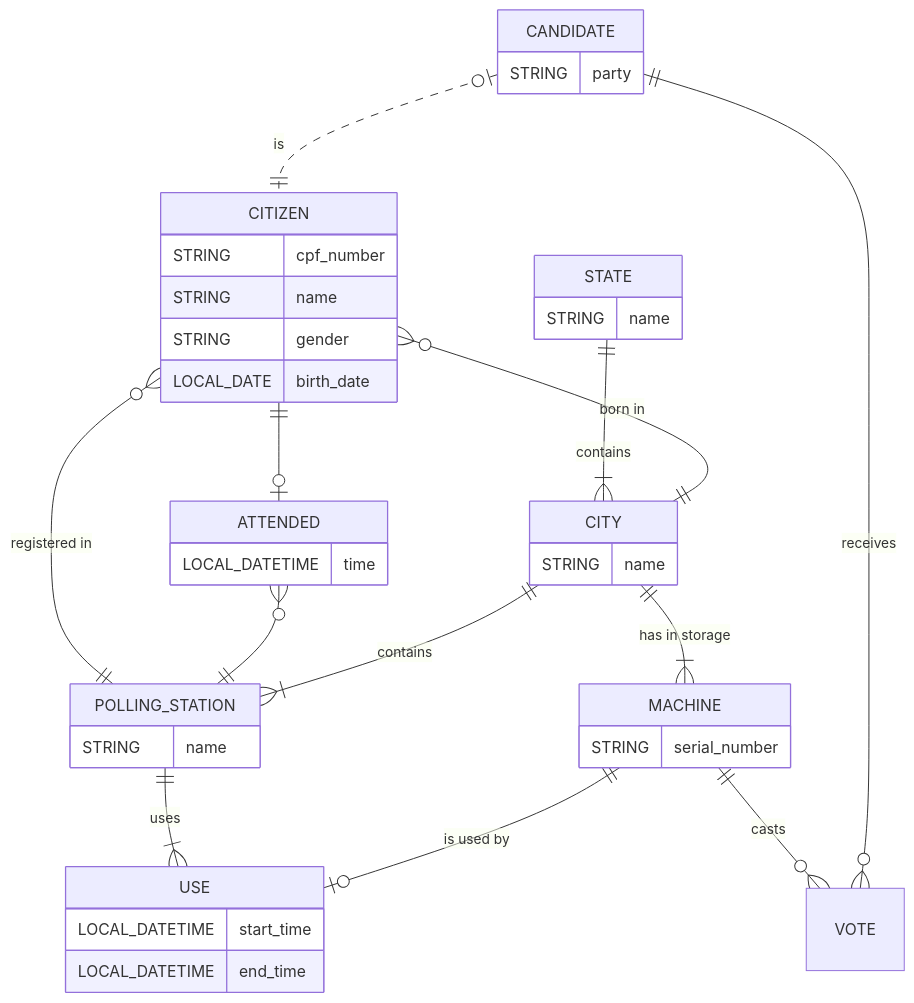
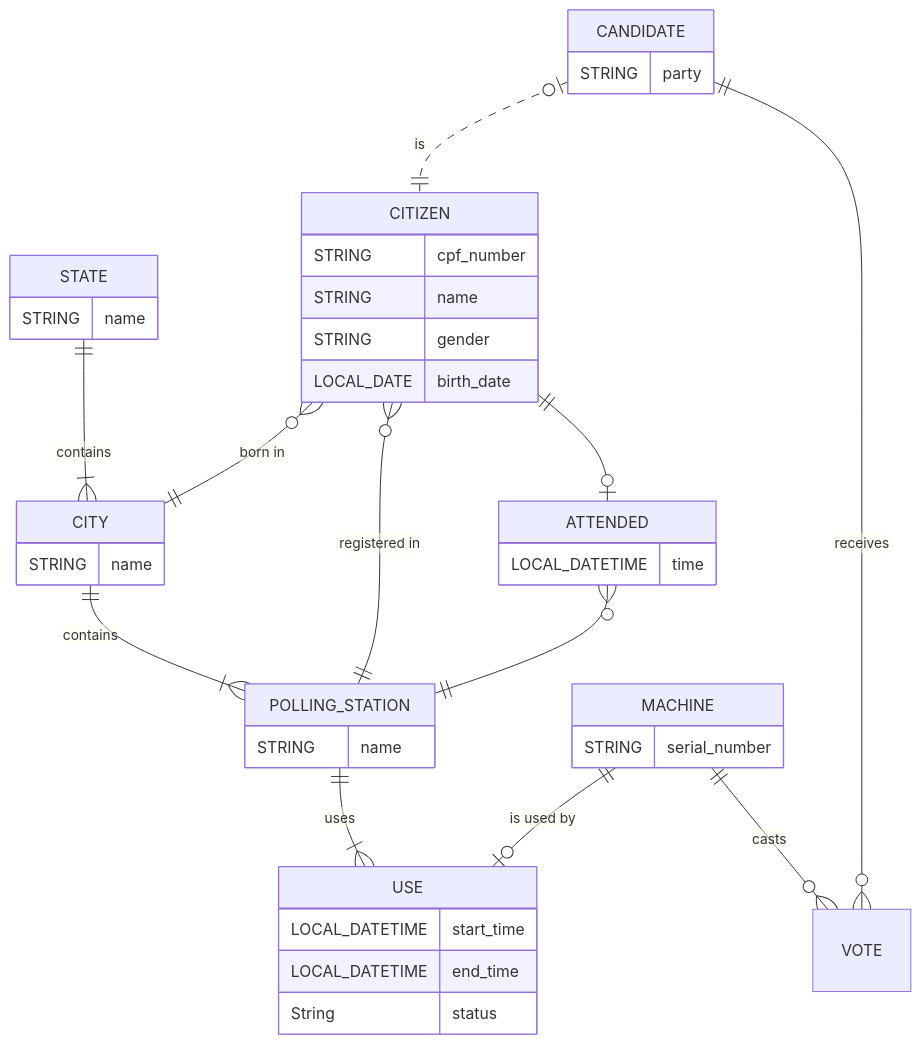
One commit to gabdumal/dcc077 changed the diagram in README.md. Above: the diagram before and after it, drawn with Mermaid. The commit also changed 8 other files, not shown here.

````diff
--- a/README.md
+++ b/README.md
@@ -9,57 +9,57 @@
 ```mermaid
 
 erDiagram
 
   STATE {
     STRING name
   }
   STATE ||--|{ CITY : "contains"
 
   CITY {
     STRING name
   }
-  CITY ||--|{ MACHINE : "has in storage"
 
   CITIZEN {
     STRING cpf_number
     STRING name
     %% May be "MASCULINE", "FEMININE", or "NEUTRAL"
     STRING gender
     LOCAL_DATE birth_date
   }
   CITIZEN }o--|| CITY : "born in"
   CITIZEN }o--|| POLLING_STATION : "registered in"
   CITIZEN ||--o| ATTENDED : ""
 
   ATTENDED {
     LOCAL_DATETIME time
   }
   ATTENDED }o--|| POLLING_STATION : ""
 
   POLLING_STATION {
     STRING name
   }
   CITY ||--|{ POLLING_STATION : "contains"
 
   MACHINE {
     STRING serial_number
   }
 
   USE {
     LOCAL_DATETIME start_time
     LOCAL_DATETIME end_time
+    String status
   }
   POLLING_STATION ||--|{ USE : "uses"
   MACHINE ||--o| USE : "is used by"
 
   CANDIDATE {
     STRING party
   }
   CANDIDATE |o..|| CITIZEN : "is"
 
   VOTE {
   }
   MACHINE ||--o{ VOTE : "casts"
   CANDIDATE ||--o{ VOTE : "receives"
 
 ```
````
